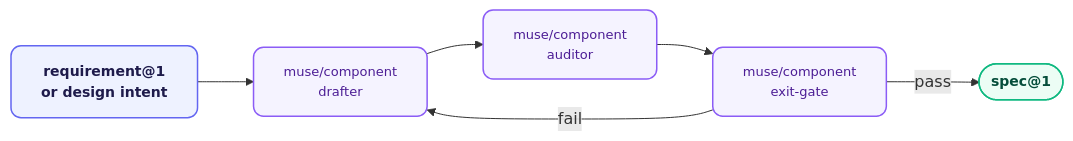
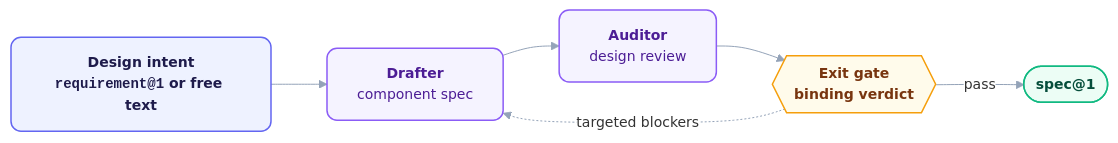
One commit to orin-dx/agent-plugins changed the diagram in plugins/muse/README.md. Above: the diagram before and after it, drawn with Mermaid. The commit also changed 12 other files, not shown here.

Commit message:
docs: refresh Mermaid diagrams and visual standard

````diff
--- a/plugins/muse/README.md
+++ b/plugins/muse/README.md
@@ -63,22 +63,19 @@
 ```mermaid
-%%{init: {'flowchart': {'curve': 'basis', 'nodeSpacing': 36, 'rankSpacing': 56}}}%%
+%%{init: {'theme': 'base', 'flowchart': {'curve': 'basis', 'nodeSpacing': 40, 'rankSpacing': 56}, 'themeVariables': {'fontFamily': 'Inter, ui-sans-serif, system-ui, sans-serif', 'fontSize': '14px', 'lineColor': '#94a3b8', 'edgeLabelBackground': '#ffffff'}}}%%
 flowchart LR
-    classDef source fill:#eef2ff,stroke:#6366f1,stroke-width:1.5px,color:#1e1b4b,rx:10,ry:10,font-size:14px,font-weight:600;
-    classDef engine fill:#f5f3ff,stroke:#8b5cf6,stroke-width:1.5px,color:#4c1d95,rx:10,ry:10,font-size:13px,font-weight:500;
-    classDef output fill:#ecfdf5,stroke:#10b981,stroke-width:1.5px,color:#064e3b,rx:10,ry:10,font-size:14px,font-weight:600;
+    classDef source fill:#eef2ff,stroke:#6366f1,stroke-width:1.5px,color:#1e1b4b,rx:10px,ry:10px,font-weight:600;
+    classDef engine fill:#f5f3ff,stroke:#8b5cf6,stroke-width:1.5px,color:#4c1d95,rx:10px,ry:10px;
+    classDef router fill:#fffbeb,stroke:#f59e0b,stroke-width:1.5px,color:#78350f,rx:10px,ry:10px,font-weight:600;
+    classDef output fill:#ecfdf5,stroke:#10b981,stroke-width:1.5px,color:#064e3b,rx:10px,ry:10px,font-weight:600;
 
-    Req["requirement@1
-    or design intent"] --> Draft["muse/component
-    drafter"]
-    Draft --> Audit["muse/component
-    auditor"]
-    Audit --> Gate["muse/component
-    exit-gate"]
-    Gate -->|pass| Spec(["spec@1"])
-    Gate -->|fail| Draft
+    Req["<b>Design intent</b><br/><code>requirement@1</code> or free text"] --> Draft["<b>Drafter</b><br/>component spec"]
+    Draft --> Audit["<b>Auditor</b><br/>design review"]
+    Audit --> Gate{{"<b>Exit gate</b><br/>binding verdict"}}
+    Gate -->|"pass"| Spec(["spec@1"])
+    Gate -.->|"targeted blockers"| Draft
 
-    class Req source;
-    class Draft,Audit engine;
-    class Gate engine;
-    class Spec output;
+    class Req source
+    class Draft,Audit engine
+    class Gate router
+    class Spec output
 ```
````
